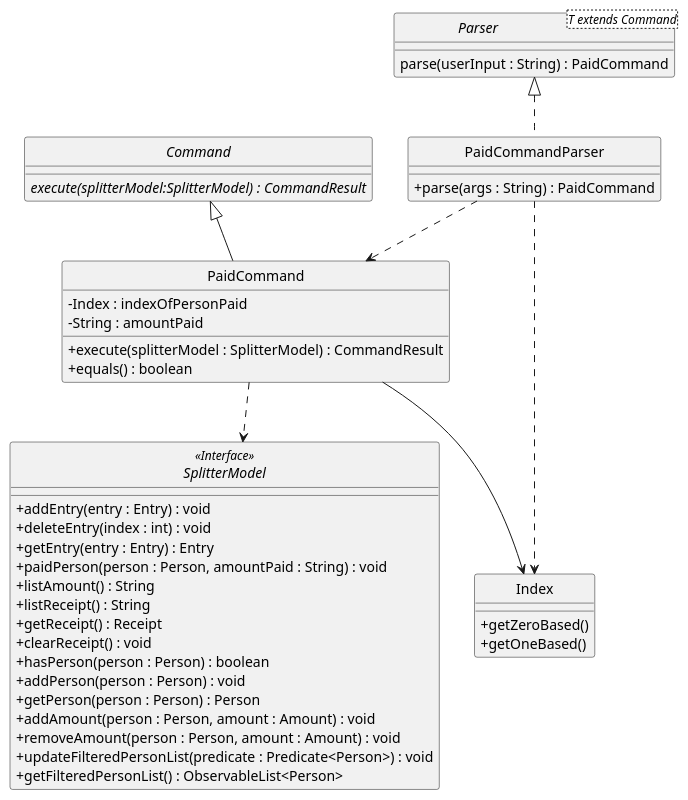
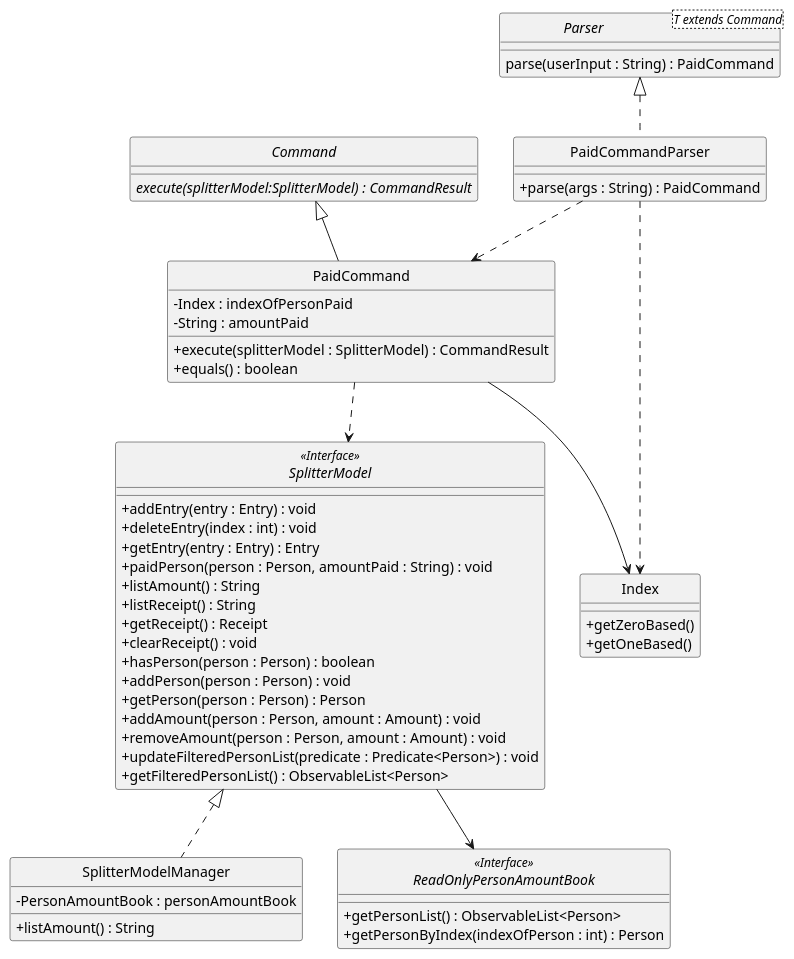
One commit to nus-cs2103-AY1920S2/addressbook-level3 changed the diagram in docs/diagrams/ExpenseSplitterPaidCommandClassDiagram.puml. Above: the diagram before and after it, drawn with PlantUML. The commit also changed 1 other file, not shown here.

Commit message:
update about class diagrams for listamount and listreceipt

```diff
--- a/docs/diagrams/ExpenseSplitterPaidCommandClassDiagram.puml
+++ b/docs/diagrams/ExpenseSplitterPaidCommandClassDiagram.puml
@@ -1,64 +1,85 @@
 @startuml
 /' @author @WillySeahh'/
 /' Got inspiration and adapted
 from https://github.com/AY1920S2-CS2103T-W12-1/main/blob/master/docs/images/DeliveredClassDiagram.png '/
 
 skinparam backgroundColor #ffffff
 skinparam classAttributeIconSize 0
 hide circle
 
 class PaidCommandParser implements Parser {
     /' Methods '/
     + parse(args : String) : PaidCommand
 }
 
 interface Parser<T extends Command> {
     parse(userInput : String) : PaidCommand
 }
 
 abstract class Command {
     {abstract} execute(splitterModel:SplitterModel) : CommandResult
 }
 
 class PaidCommand extends Command {
     /' Fields '/
     - Index : indexOfPersonPaid
     - String : amountPaid
 
     /' Methods '/
     + execute(splitterModel : SplitterModel) : CommandResult
     + equals() : boolean
 }
 
 interface SplitterModel <<Interface>> {
     + addEntry(entry : Entry) : void
     + deleteEntry(index : int) : void
     + getEntry(entry : Entry) : Entry
     + paidPerson(person : Person, amountPaid : String) : void
     + listAmount() : String
     + listReceipt() : String
     + getReceipt() : Receipt
     + clearReceipt() : void
     + hasPerson(person : Person) : boolean
     + addPerson(person : Person) : void
     + getPerson(person : Person) : Person
     + addAmount(person : Person, amount : Amount) : void
     + removeAmount(person : Person, amount : Amount) : void
     + updateFilteredPersonList(predicate : Predicate<Person>) : void
     + getFilteredPersonList() : ObservableList<Person>
 
-
 }
 
 class Index {
     + getZeroBased()
     + getOneBased()
 }
 
 
+
+class SplitterModelManager implements SplitterModel {
+    /' Fields '/
+    - PersonAmountBook : personAmountBook
+
+    /' Methods '/
+    + listAmount() : String
+}
+
+interface ReadOnlyPersonAmountBook <<Interface>> {
+
+        + getPersonList() : ObservableList<Person>
+        + getPersonByIndex(indexOfPerson : int) : Person
+
+
+}
+
+
+
+
 PaidCommandParser ..> PaidCommand
 PaidCommand ..> SplitterModel
 PaidCommandParser ..> Index
 PaidCommand --> Index
+SplitterModel --> ReadOnlyPersonAmountBook
+
 
 @enduml
```
